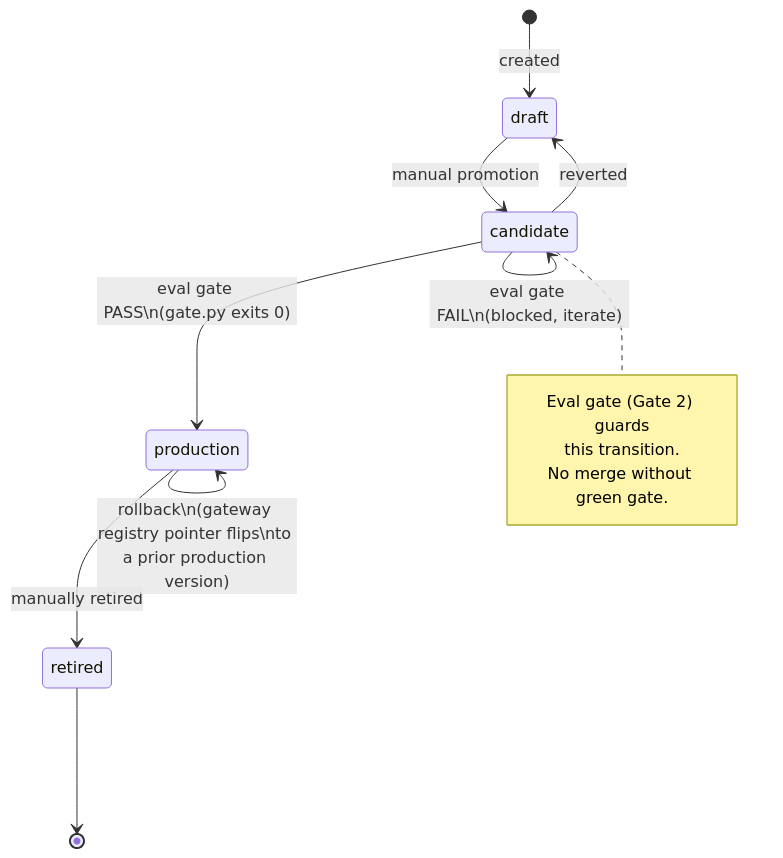
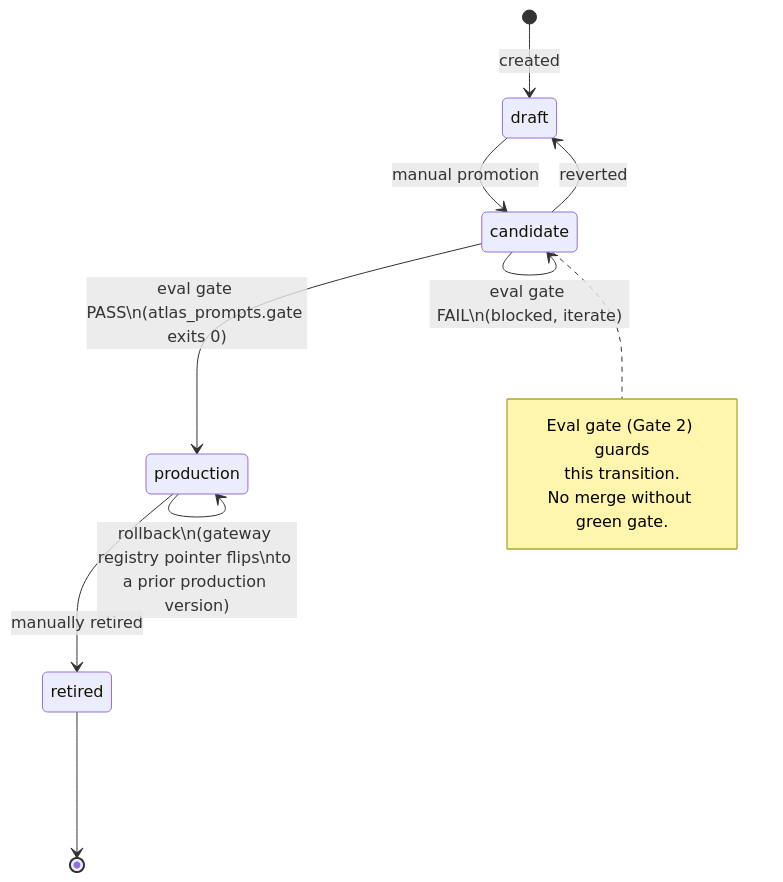
Before and after one commit to bragabruno/atlas-prompts: the diagram in docs/diagrams/prompt-lifecycle-state.md, drawn with Mermaid. The commit also changed 3 other files, not shown here.

First line of the commit message:
docs: reflect src/ layout in README and eval diagrams

````diff
--- a/docs/diagrams/prompt-lifecycle-state.md
+++ b/docs/diagrams/prompt-lifecycle-state.md
@@ -5,22 +5,22 @@
 ```mermaid
 stateDiagram-v2
     [*] --> draft : created
 
     draft --> candidate : manual promotion
     candidate --> draft : reverted
 
-    candidate --> production : eval gate PASS\n(gate.py exits 0)
+    candidate --> production : eval gate PASS\n(atlas_prompts.gate exits 0)
     candidate --> candidate : eval gate FAIL\n(blocked, iterate)
 
     production --> retired : manually retired
 
     production --> production : rollback\n(gateway registry pointer flips\nto a prior production version)
 
     retired --> [*]
 
     note right of candidate
         Eval gate (Gate 2) guards
         this transition.
         No merge without green gate.
     end note
 ```
````
